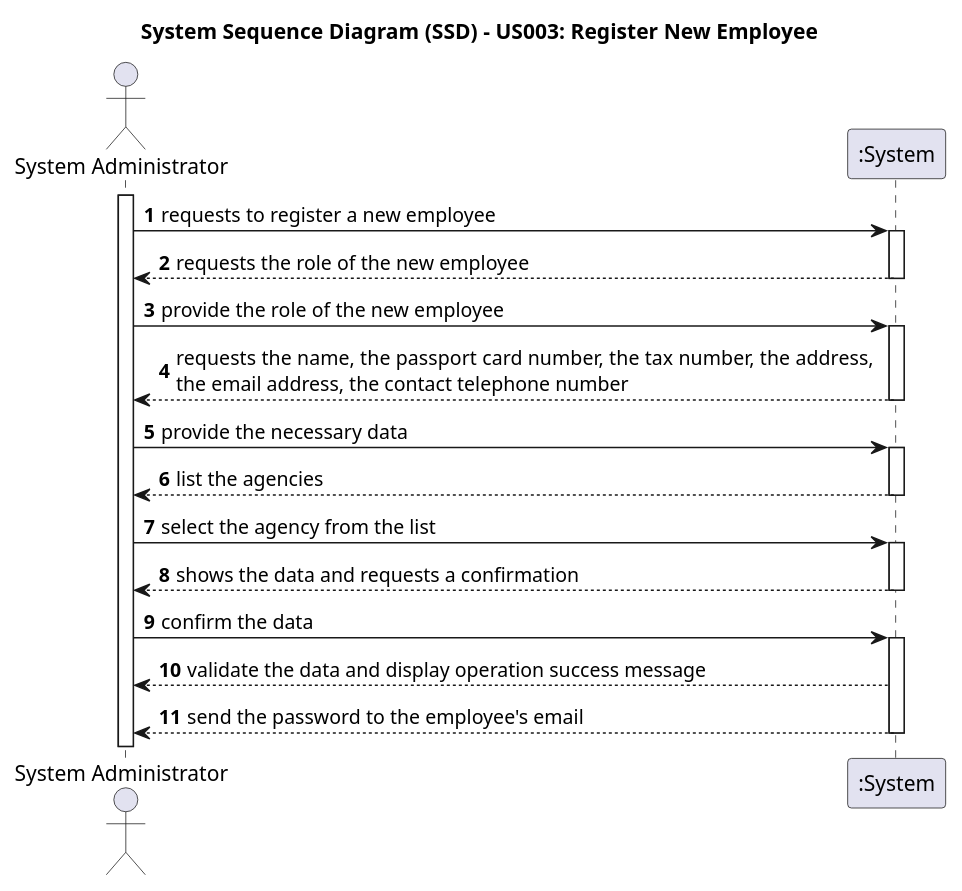
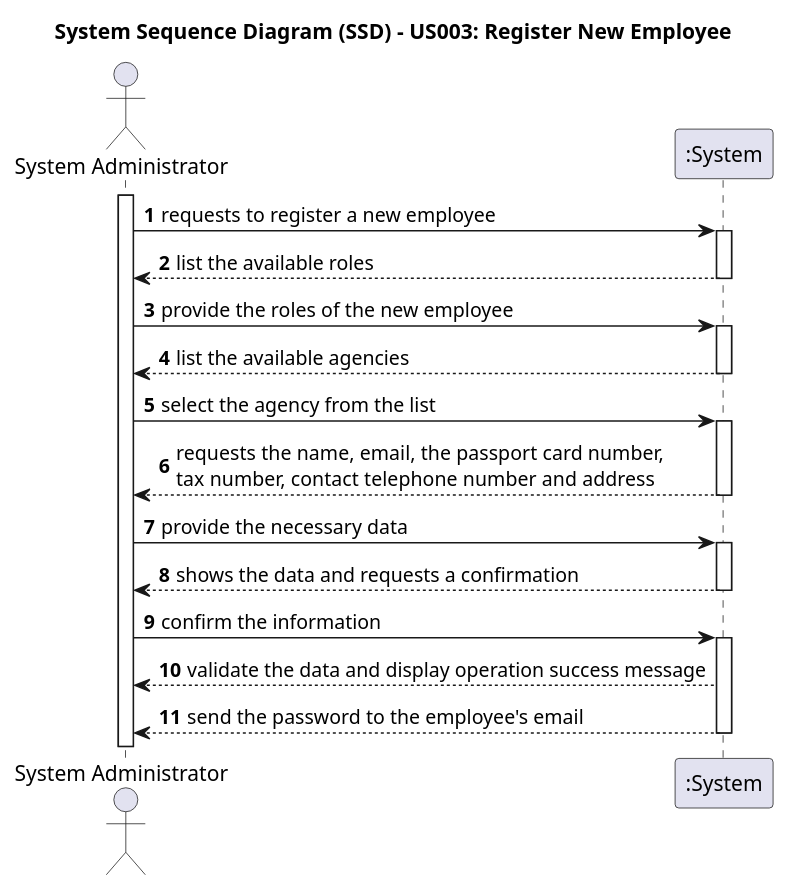
The diagram in docs/sprintB/us003/01.requirements-engineering/puml/us003-system-sequence-diagram.puml (Goncalves2525/real-estate-management-system), drawn with PlantUML before and after one commit. The commit also changed 35 other files, not shown here.

```diff
--- a/docs/sprintB/us003/01.requirements-engineering/puml/us003-system-sequence-diagram.puml
+++ b/docs/sprintB/us003/01.requirements-engineering/puml/us003-system-sequence-diagram.puml
@@ -1,48 +1,54 @@
 @startuml
 skinparam monochrome false
 skinparam packageStyle rectangle
 skinparam shadowing false
 
 title System Sequence Diagram (SSD) - US003: Register New Employee
 
 autonumber
 
 actor "System Administrator" as Admin
 participant ":System" as System
 
 activate Admin
 
     Admin -> System : requests to register a new employee
     activate System
 
-        System --> Admin : requests the role of the new employee
+    System --> Admin : list the available roles
     deactivate System
 
-    Admin -> System : provide the role of the new employee
+    Admin -> System : provide the roles of the new employee
+    activate System
+
+
+
+    System --> Admin : list the available agencies
+    deactivate System
+
+    Admin -> System : select the agency from the list
         activate System
 
-            System --> Admin : requests the name, the passport card number, the tax number, the address, \nthe email address, the contact telephone number
 
-        deactivate System
+
+    System --> Admin : requests the name, email, the passport card number,   \ntax number, contact telephone number and address
+    deactivate System
 
     Admin -> System : provide the necessary data
         activate System
 
-            System --> Admin : list the agencies
-        deactivate System
 
-    Admin -> System : select the agency from the list
+
+
+    System --> Admin : shows the data and requests a confirmation
+    deactivate System
+
+    Admin -> System : confirm the information
     activate System
 
-        System --> Admin : shows the data and requests a confirmation
-    deactivate System
-
-    Admin -> System : confirm the data
-    activate System
-
-        System --> Admin : validate the data and display operation success message
-        System --> Admin : send the password to the employee's email
+    System --> Admin : validate the data and display operation success message
+    System --> Admin : send the password to the employee's email
 
     deactivate System
 
 @enduml
```
